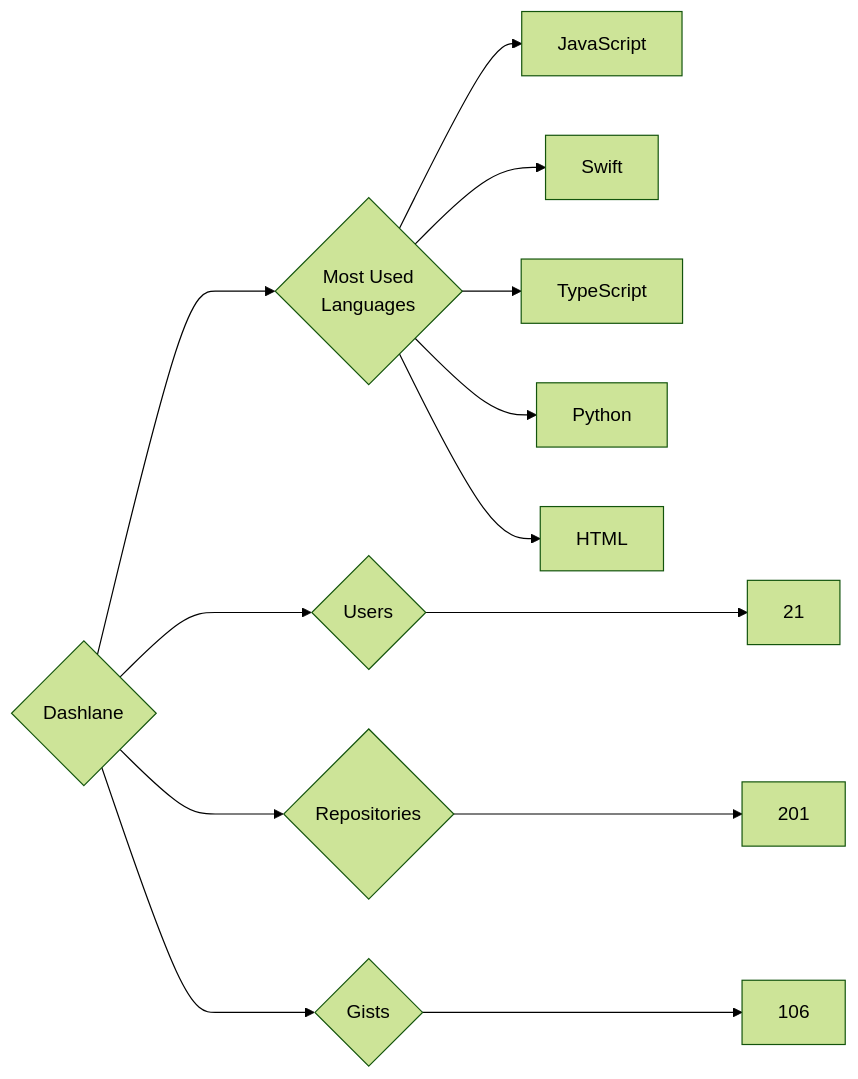
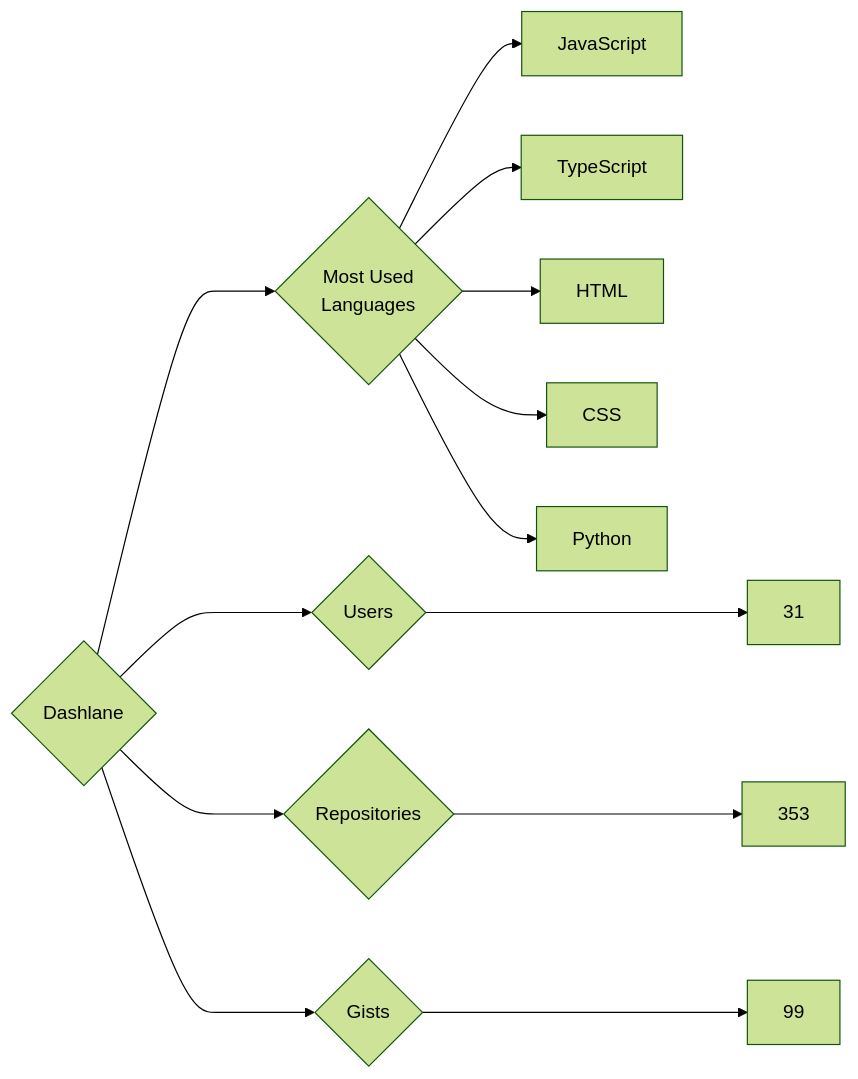
One commit to trickest/insiders changed the diagram in targets/Dashlane/README.md. Above: the diagram before and after it, drawn with Mermaid (forest theme). The commit also changed 932 other files, not shown here.

````diff
--- a/targets/Dashlane/README.md
+++ b/targets/Dashlane/README.md
@@ -3,13 +3,13 @@
 ```mermaid
 graph LR
 COMPANY_NAME{Dashlane}
-COMPANY_NAME ---> U{Users} ---> UN[21]
-COMPANY_NAME ---> R{Repositories} ---> RN[201]
-COMPANY_NAME ---> G{Gists} ---> GN[106]
+COMPANY_NAME ---> U{Users} ---> UN[31]
+COMPANY_NAME ---> R{Repositories} ---> RN[353]
+COMPANY_NAME ---> G{Gists} ---> GN[99]
 COMPANY_NAME ---> ML{Most Used<br>Languages}
 ML --> JavaScript[JavaScript]
-ML --> Swift[Swift]
 ML --> TypeScript[TypeScript]
+ML --> HTML[HTML]
+ML --> CSS[CSS]
 ML --> Python[Python]
-ML --> HTML[HTML]
 ```
````
